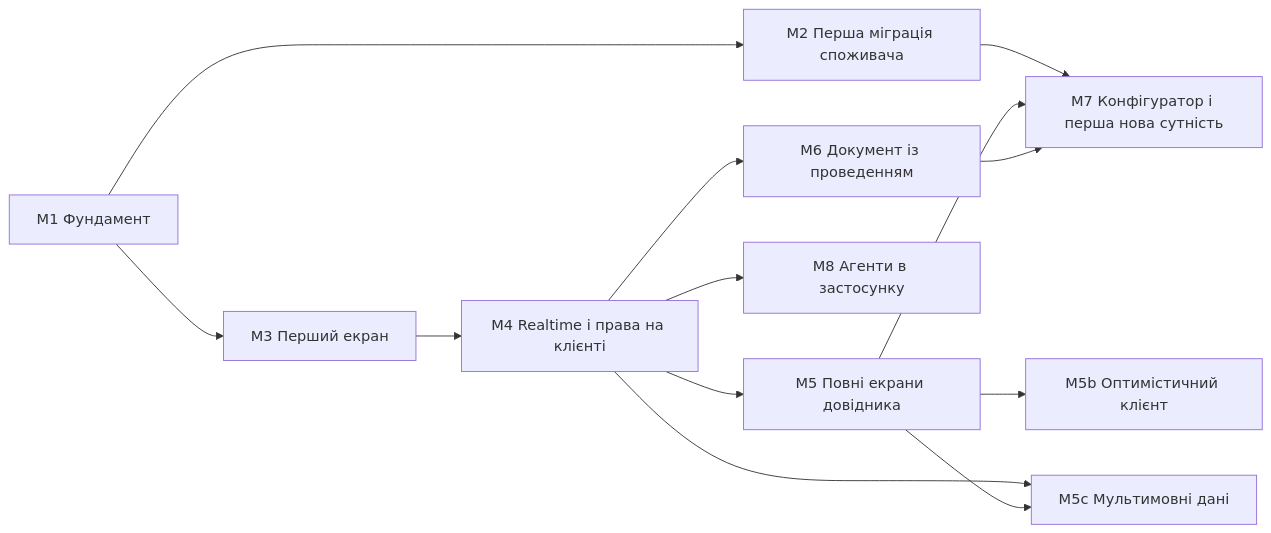
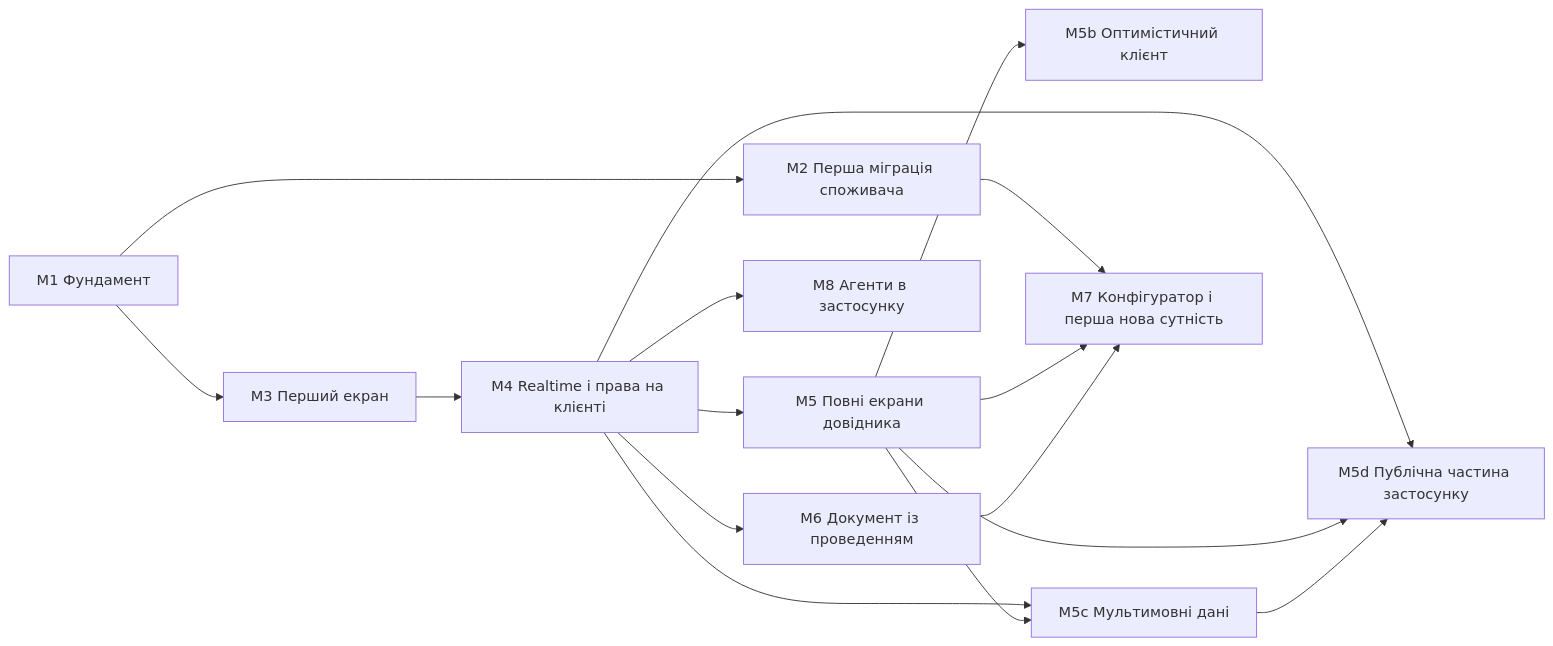
The diagram in docs/ROADMAP.md (VSydorenko/Simetra), drawn with Mermaid before and after one commit. The commit also changed other lines of this file and 1 other file, not shown here.

Commit message:
docs(roadmap): віха М5d; мультимовна спека §5.3 — переклади об'єкта з умовним publicRead

````diff
--- a/docs/ROADMAP.md
+++ b/docs/ROADMAP.md
@@ -12,15 +12,18 @@
 ```mermaid
 flowchart LR
   M1[М1 Фундамент] --> M2[М2 Перша міграція споживача]
   M1 --> M3[М3 Перший екран]
   M3 --> M4[М4 Realtime і права на клієнті]
   M4 --> M5[М5 Повні екрани довідника]
   M5 --> M5b[М5b Оптимістичний клієнт]
   M4 --> M5c[М5c Мультимовні дані]
   M5 --> M5c
+  M4 --> M5d[М5d Публічна частина застосунку]
+  M5 --> M5d
+  M5c --> M5d
   M4 --> M8[М8 Агенти в застосунку]
   M4 --> M6[М6 Документ із проведенням]
   M2 --> M7[М7 Конфігуратор і перша нова сутність]
   M5 --> M7
   M6 --> M7
 ```
````
